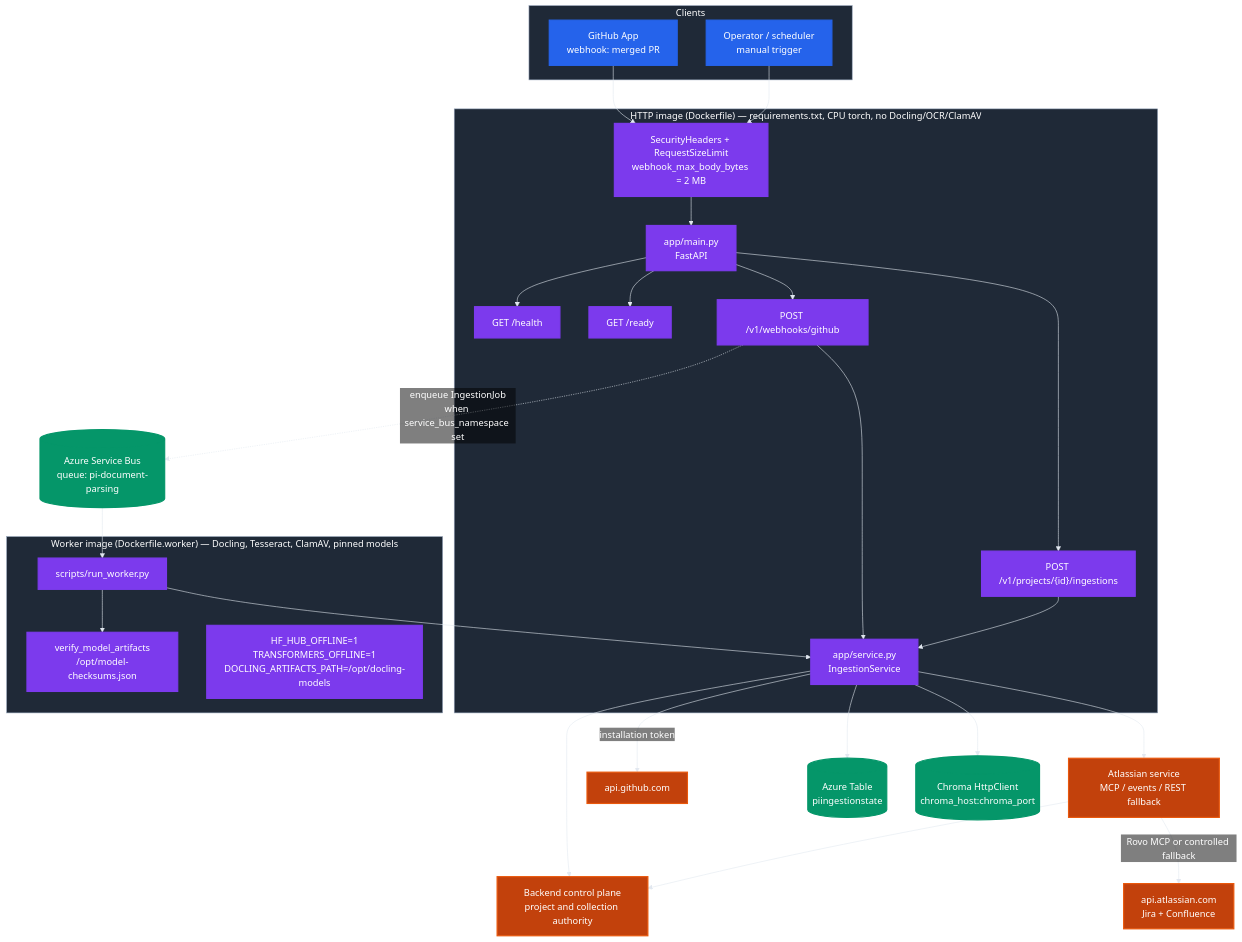
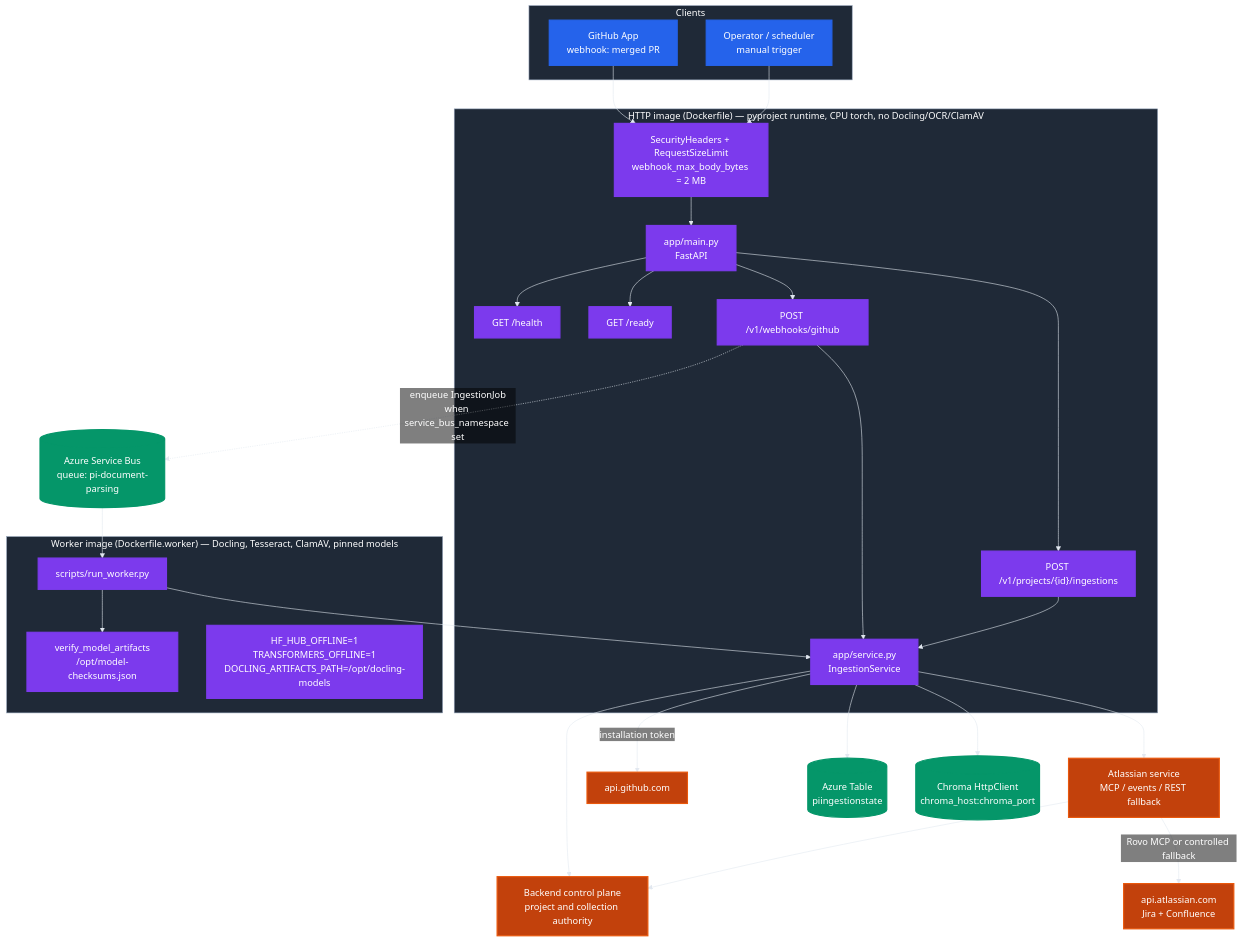
Before and after one commit to naveenrajElangovan/project-intelligence-ingestion: the second of 16 diagrams in docs/CURRENT_ARCHITECTURE.md, drawn with Mermaid. The commit also changed other lines of this file and 100 other files, not shown here.

````diff
--- a/docs/CURRENT_ARCHITECTURE.md
+++ b/docs/CURRENT_ARCHITECTURE.md
@@ -47,57 +53,57 @@
 ```mermaid
 %%{init: {"theme":"base","themeVariables":{"darkMode":true,"background":"transparent","textColor":"#FFFFFF","primaryColor":"#2563EB","primaryTextColor":"#FFFFFF","primaryBorderColor":"#2563EB","lineColor":"#E2E8F0","edgeLabelBackground":"transparent","secondaryColor":"#7C3AED","secondaryTextColor":"#FFFFFF","tertiaryColor":"#059669","tertiaryTextColor":"#FFFFFF","clusterBkg":"#1F2937","clusterBorder":"#94A3B8","fontFamily":"Inter, Arial, sans-serif"},"themeCSS":"svg { background-color: transparent; } .edgeLabel { color: #FFFFFF !important; background-color: transparent !important; }"}}%%
 flowchart TB
     subgraph Clients
         GHW["GitHub App<br/>webhook: merged PR"]
         OPS["Operator / scheduler<br/>manual trigger"]
     end
 
-    subgraph API_Image["HTTP image (Dockerfile) — requirements.txt, CPU torch, no Docling/OCR/ClamAV"]
+    subgraph API_Image["HTTP image (Dockerfile) — pyproject runtime, CPU torch, no Docling/OCR/ClamAV"]
         MAIN["app/main.py<br/>FastAPI"]
         R1["GET /health"]
         R2["GET /ready"]
         R3["POST /v1/webhooks/github"]
         R4["POST /v1/projects/{id}/ingestions"]
         MW["SecurityHeaders + RequestSizeLimit<br/>webhook_max_body_bytes = 2 MB"]
         SVC["app/service.py<br/>IngestionService"]
     end
 
     subgraph Worker_Image["Worker image (Dockerfile.worker) — Docling, Tesseract, ClamAV, pinned models"]
         RW["scripts/run_worker.py"]
         VER["verify_model_artifacts<br/>/opt/model-checksums.json"]
         ENVOFF["HF_HUB_OFFLINE=1<br/>TRANSFORMERS_OFFLINE=1<br/>DOCLING_ARTIFACTS_PATH=/opt/docling-models"]
     end
 
     SB[("Azure Service Bus<br/>queue: pi-document-parsing")]
     CP["Backend control plane<br/>project and collection authority"]
     ATS["Atlassian service<br/>MCP / events / REST fallback"]
     ATL["api.atlassian.com<br/>Jira + Confluence"]
     GHAPI["api.github.com"]
     TBL[("Azure Table<br/>piingestionstate")]
     CHR[("Chroma HttpClient<br/>chroma_host:chroma_port")]
 
     GHW --> MW --> MAIN
     OPS --> MW
     MAIN --> R1 & R2 & R3 & R4
     R3 --> SVC
     R4 --> SVC
     R3 -. "enqueue IngestionJob<br/>when service_bus_namespace set" .-> SB
     SB --> RW --> SVC
     RW --> VER
     SVC --> CP
     SVC --> ATS
     ATS --> CP
     ATS -->|"Rovo MCP or controlled fallback"| ATL
     SVC -->|"installation token"| GHAPI
     SVC --> TBL
     SVC --> CHR
 
     classDef entry fill:#2563EB,stroke:#2563EB,color:#FFFFFF,stroke-width:2px;
     classDef service fill:#7C3AED,stroke:#7C3AED,color:#FFFFFF,stroke-width:2px;
     classDef external fill:#C2410C,stroke:#EA580C,color:#FFFFFF,stroke-width:2px;
     classDef data fill:#059669,stroke:#059669,color:#FFFFFF,stroke-width:2px;
     class GHW,OPS entry;
     class MAIN,R1,R2,R3,R4,MW,SVC,RW,VER,ENVOFF service;
     class CP,ATS,ATL,GHAPI external;
     class SB,TBL,CHR data;
 ```
````
